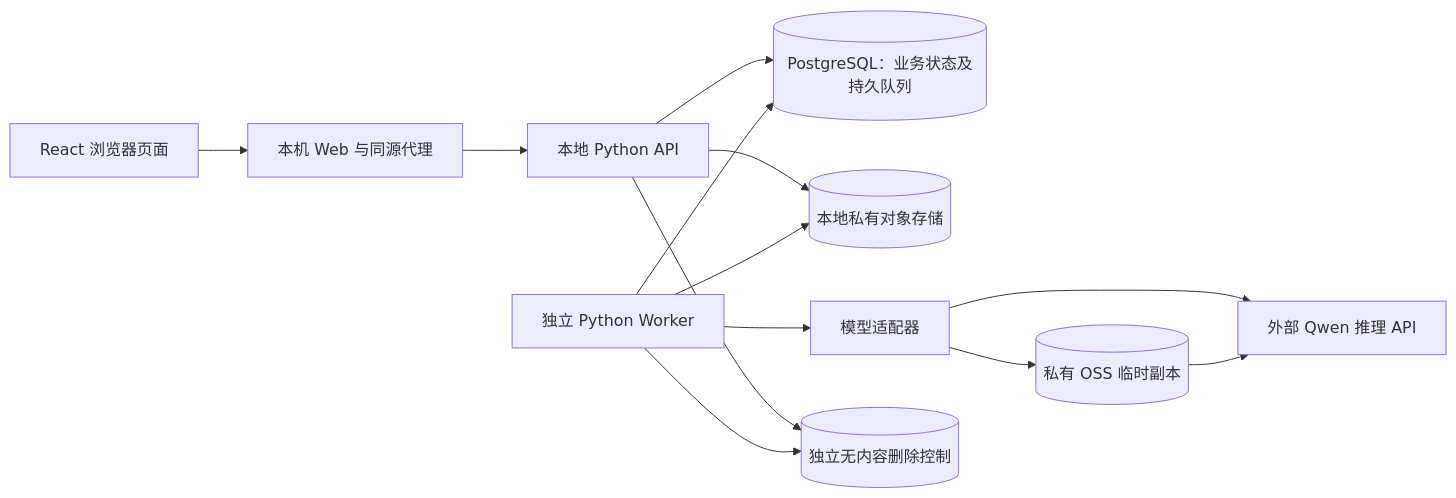
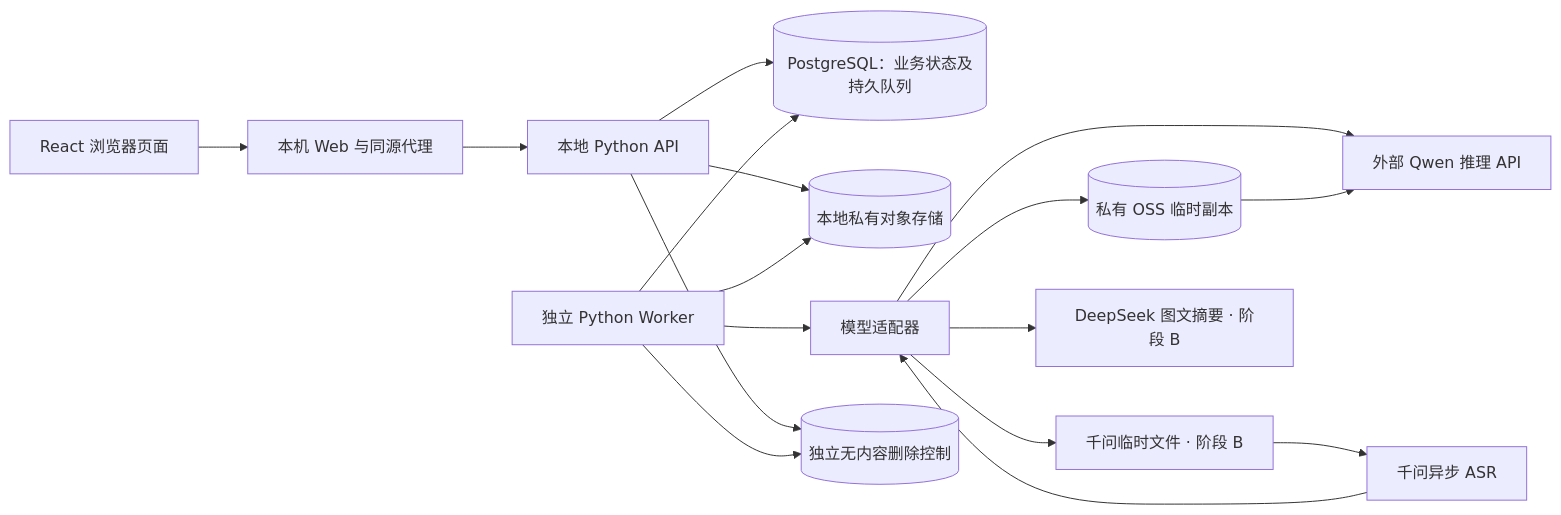
One commit to YatongXing/video-summary-app changed the diagram in docs/ARCHITECTURE.md. Above: the diagram before and after it, drawn with Mermaid. The commit also changed other lines of this file and 66 other files, not shown here.

````diff
--- a/docs/ARCHITECTURE.md
+++ b/docs/ARCHITECTURE.md
@@ -23,15 +24,19 @@
 ```mermaid
 flowchart LR
   B[React 浏览器页面] --> S[本机 Web 与同源代理]
   S --> A[本地 Python API]
   A --> P[(PostgreSQL：业务状态及持久队列)]
   A --> O[(本地私有对象存储)]
   W[独立 Python Worker] --> P
   W --> O
   W --> M[模型适配器]
   M --> Q[外部 Qwen 推理 API]
   M --> C[(私有 OSS 临时副本)]
   C --> Q
+  M --> T[千问临时文件 · 阶段 B]
+  T --> R[千问异步 ASR]
+  R --> M
+  M --> D[DeepSeek 图文摘要 · 阶段 B]
   A --> J[(独立无内容删除控制)]
   W --> J
 ```
````
